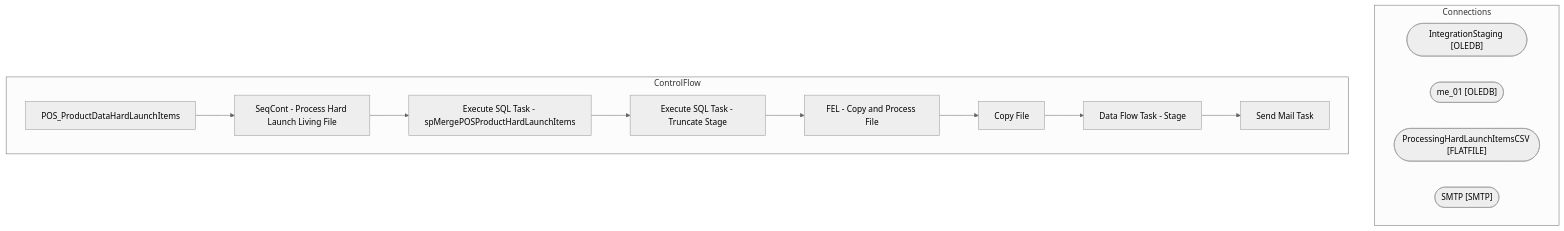
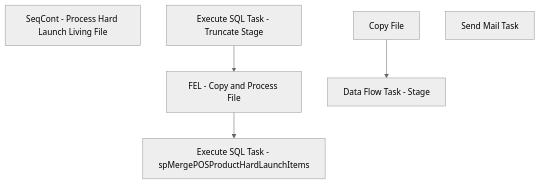
The diagram in bab-docs-explorer/Documentation/STL-SSIS-P-01/SSIS/POS/POS_ProductDataHardLaunchItems.POS_ProductDataHardLaunchItems.md (juanandresbrain/BABSkills), drawn with Mermaid (neutral theme) before and after one commit. The commit also changed other lines of this file and 273 other files, not shown here.

````diff
--- a/bab-docs-explorer/Documentation/STL-SSIS-P-01/SSIS/POS/POS_ProductDataHardLaunchItems.POS_ProductDataHardLaunchItems.md
+++ b/bab-docs-explorer/Documentation/STL-SSIS-P-01/SSIS/POS/POS_ProductDataHardLaunchItems.POS_ProductDataHardLaunchItems.md
@@ -9,26 +43,13 @@
 ```mermaid
 flowchart TD
-    subgraph Connections
-        IntegrationStaging_conn(["IntegrationStaging [OLEDB]"])
-        me_01_conn(["me_01 [OLEDB]"])
-        ProcessingHardLaunchItemsCSV_conn(["ProcessingHardLaunchItemsCSV [FLATFILE]"])
-        SMTP_conn(["SMTP [SMTP]"])
-    end
-    subgraph ControlFlow
-        POS_ProductDataHardLaunchItems_task["POS_ProductDataHardLaunchItems"]
-        SeqCont___Process_Hard_Launch_Living_File_task["SeqCont - Process Hard Launch Living File"]
-        POS_ProductDataHardLaunchItems_task --> SeqCont___Process_Hard_Launch_Living_File_task
-        Execute_SQL_Task___spMergePOSProductHardLaunchItems_task["Execute SQL Task - spMergePOSProductHardLaunchItems"]
-        SeqCont___Process_Hard_Launch_Living_File_task --> Execute_SQL_Task___spMergePOSProductHardLaunchItems_task
-        Execute_SQL_Task___Truncate_Stage_task["Execute SQL Task - Truncate Stage"]
-        Execute_SQL_Task___spMergePOSProductHardLaunchItems_task --> Execute_SQL_Task___Truncate_Stage_task
-        FEL___Copy_and_Process_File_task["FEL - Copy and Process File"]
-        Execute_SQL_Task___Truncate_Stage_task --> FEL___Copy_and_Process_File_task
-        Copy_File_task["Copy File"]
-        FEL___Copy_and_Process_File_task --> Copy_File_task
-        Data_Flow_Task___Stage_task["Data Flow Task - Stage"]
-        Copy_File_task --> Data_Flow_Task___Stage_task
-        Send_Mail_Task_task["Send Mail Task"]
-        Data_Flow_Task___Stage_task --> Send_Mail_Task_task
-    end
+    n_Package_SeqCont___Process_Hard_Launch_Living_File["SeqCont - Process Hard Launch Living File"]
+    n_Package_SeqCont___Process_Hard_Launch_Living_File_Execute_SQL_Task___spMergePOSProductHardLaunchItems["Execute SQL Task - spMergePOSProductHardLaunchItems"]
+    n_Package_SeqCont___Process_Hard_Launch_Living_File_Execute_SQL_Task___Truncate_Stage["Execute SQL Task - Truncate Stage"]
+    n_Package_SeqCont___Process_Hard_Launch_Living_File_FEL___Copy_and_Process_File["FEL - Copy and Process File"]
+    n_Package_SeqCont___Process_Hard_Launch_Living_File_FEL___Copy_and_Process_File_Copy_File["Copy File"]
+    n_Package_SeqCont___Process_Hard_Launch_Living_File_FEL___Copy_and_Process_File_Data_Flow_Task___Stage["Data Flow Task - Stage"]
+    n_Package_EventHandlers_OnError__Send_Mail_Task["Send Mail Task"]
+    n_Package_SeqCont___Process_Hard_Launch_Living_File_FEL___Copy_and_Process_File_Copy_File --> n_Package_SeqCont___Process_Hard_Launch_Living_File_FEL___Copy_and_Process_File_Data_Flow_Task___Stage
+    n_Package_SeqCont___Process_Hard_Launch_Living_File_Execute_SQL_Task___Truncate_Stage --> n_Package_SeqCont___Process_Hard_Launch_Living_File_FEL___Copy_and_Process_File
+    n_Package_SeqCont___Process_Hard_Launch_Living_File_FEL___Copy_and_Process_File --> n_Package_SeqCont___Process_Hard_Launch_Living_File_Execute_SQL_Task___spMergePOSProductHardLaunchItems
 ```
````
